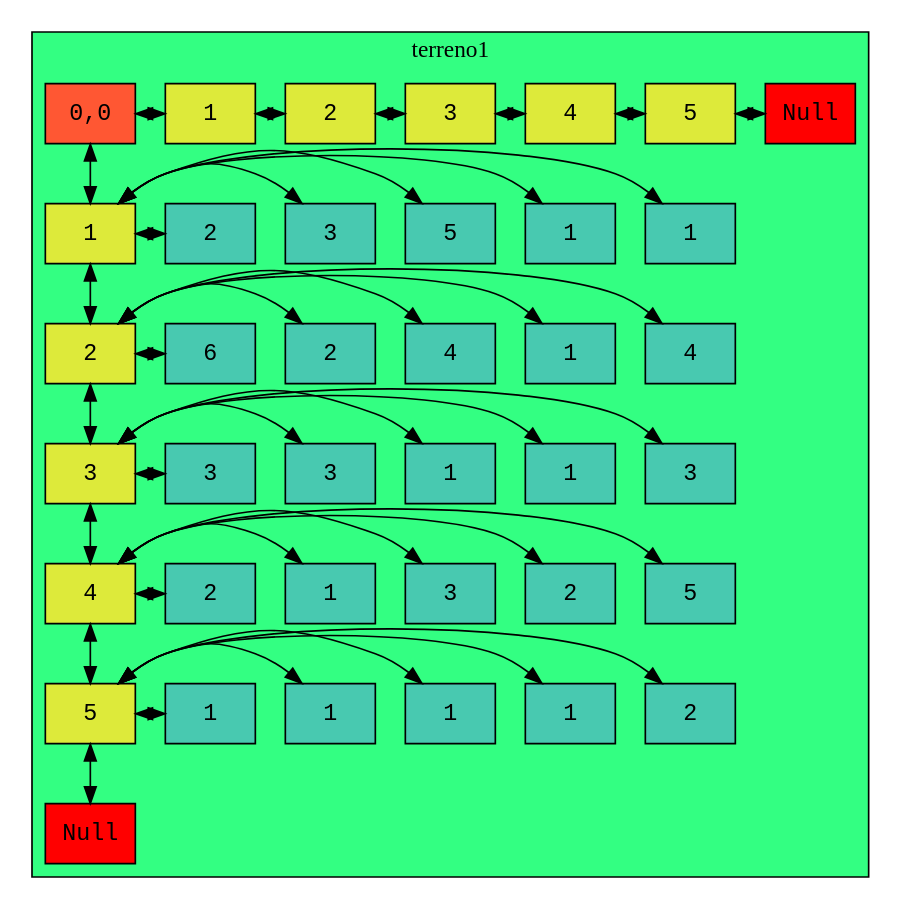
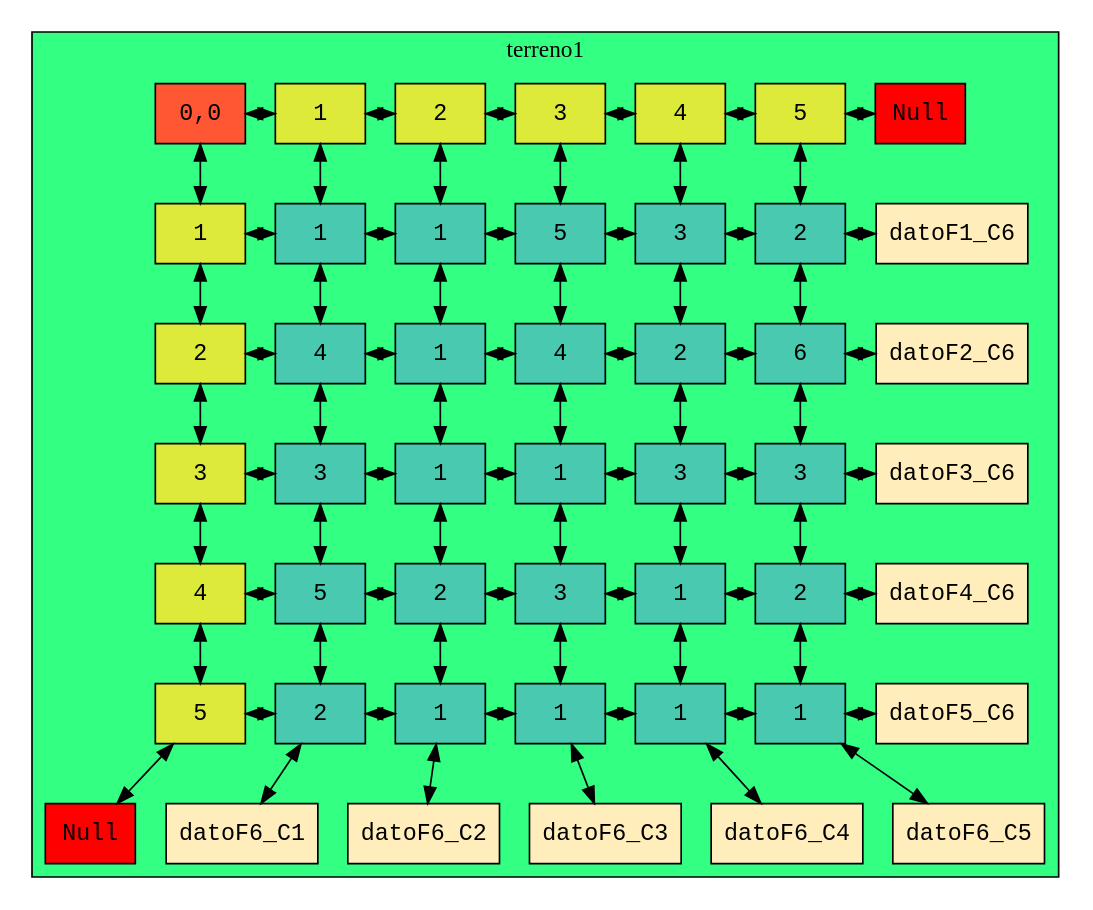
The diagram in graphviz.dot (201807066/IPC2_proyecto1_201807066), drawn with Graphviz before and after one commit. The commit also changed 8 other files, not shown here.

```diff
--- a/graphviz.dot
+++ b/graphviz.dot
@@ -1,115 +1,135 @@
 digraph Matriz{
 node[shape=box fontname=courier fillcolor="#FFEDBB" style=filled]
 subgraph cluster{
 root[label="0,0", fillcolor="#FF5733"]
 label=terreno1
 bgcolor = "#33FF82"
 edge[dir="both"]
 F1[label="1", group = 1, fillcolor = "#DDEA3A"]
 F2[label="2", group = 1, fillcolor = "#DDEA3A"]
 F3[label="3", group = 1, fillcolor = "#DDEA3A"]
 F4[label="4", group = 1, fillcolor = "#DDEA3A"]
 F5[label="5", group = 1, fillcolor = "#DDEA3A"]
 F1->F2
 F2->F3
 F3->F4
 F4->F5
 F5->F6
 F6[label="Null" fillcolor="red"]
 C1[label="1", group = 2, fillcolor = "#DDEA3A"]
 C2[label="2", group = 3, fillcolor = "#DDEA3A"]
 C3[label="3", group = 4, fillcolor = "#DDEA3A"]
 C4[label="4", group = 5, fillcolor = "#DDEA3A"]
 C5[label="5", group = 6, fillcolor = "#DDEA3A"]
 C1->C2
 C2->C3
 C3->C4
 C4->C5
 C5->C6
 C6[label="Null" fillcolor="red"]
 root -> F1
 root -> C1
 {rank=same; root, C1, C2, C3, C4, C5,C6
 }
 datoF1_C1[label="1", group = 2 , fillcolor = "#48C9B0"]
 datoF1_C2[label="1", group = 3 , fillcolor = "#48C9B0"]
 datoF1_C3[label="5", group = 4 , fillcolor = "#48C9B0"]
 datoF1_C4[label="3", group = 5 , fillcolor = "#48C9B0"]
 datoF1_C5[label="2", group = 6 , fillcolor = "#48C9B0"]
 datoF2_C1[label="4", group = 2 , fillcolor = "#48C9B0"]
 datoF2_C2[label="1", group = 3 , fillcolor = "#48C9B0"]
 datoF2_C3[label="4", group = 4 , fillcolor = "#48C9B0"]
 datoF2_C4[label="2", group = 5 , fillcolor = "#48C9B0"]
 datoF2_C5[label="6", group = 6 , fillcolor = "#48C9B0"]
 datoF3_C1[label="3", group = 2 , fillcolor = "#48C9B0"]
 datoF3_C2[label="1", group = 3 , fillcolor = "#48C9B0"]
 datoF3_C3[label="1", group = 4 , fillcolor = "#48C9B0"]
 datoF3_C4[label="3", group = 5 , fillcolor = "#48C9B0"]
 datoF3_C5[label="3", group = 6 , fillcolor = "#48C9B0"]
 datoF4_C1[label="5", group = 2 , fillcolor = "#48C9B0"]
 datoF4_C2[label="2", group = 3 , fillcolor = "#48C9B0"]
 datoF4_C3[label="3", group = 4 , fillcolor = "#48C9B0"]
 datoF4_C4[label="1", group = 5 , fillcolor = "#48C9B0"]
 datoF4_C5[label="2", group = 6 , fillcolor = "#48C9B0"]
 datoF5_C1[label="2", group = 2 , fillcolor = "#48C9B0"]
 datoF5_C2[label="1", group = 3 , fillcolor = "#48C9B0"]
 datoF5_C3[label="1", group = 4 , fillcolor = "#48C9B0"]
 datoF5_C4[label="1", group = 5 , fillcolor = "#48C9B0"]
 datoF5_C5[label="1", group = 6 , fillcolor = "#48C9B0"]
 
 F1 -> datoF1_C1
-{rank = same; F1, datoF1_C1}
-F1 -> datoF1_C2
-{rank = same; F1, datoF1_C2}
-F1 -> datoF1_C3
-{rank = same; F1, datoF1_C3}
-F1 -> datoF1_C4
-{rank = same; F1, datoF1_C4}
-F1 -> datoF1_C5
-{rank = same; F1, datoF1_C5}
+datoF1_C1 -> datoF1_C2
+datoF1_C2 -> datoF1_C3
+datoF1_C3 -> datoF1_C4
+datoF1_C4 -> datoF1_C5
+datoF1_C5 -> datoF1_C6
 
 F2 -> datoF2_C1
-{rank = same; F2, datoF2_C1}
-F2 -> datoF2_C2
-{rank = same; F2, datoF2_C2}
-F2 -> datoF2_C3
-{rank = same; F2, datoF2_C3}
-F2 -> datoF2_C4
-{rank = same; F2, datoF2_C4}
-F2 -> datoF2_C5
-{rank = same; F2, datoF2_C5}
+datoF2_C1 -> datoF2_C2
+datoF2_C2 -> datoF2_C3
+datoF2_C3 -> datoF2_C4
+datoF2_C4 -> datoF2_C5
+datoF2_C5 -> datoF2_C6
 
 F3 -> datoF3_C1
-{rank = same; F3, datoF3_C1}
-F3 -> datoF3_C2
-{rank = same; F3, datoF3_C2}
-F3 -> datoF3_C3
-{rank = same; F3, datoF3_C3}
-F3 -> datoF3_C4
-{rank = same; F3, datoF3_C4}
-F3 -> datoF3_C5
-{rank = same; F3, datoF3_C5}
+datoF3_C1 -> datoF3_C2
+datoF3_C2 -> datoF3_C3
+datoF3_C3 -> datoF3_C4
+datoF3_C4 -> datoF3_C5
+datoF3_C5 -> datoF3_C6
 
 F4 -> datoF4_C1
-{rank = same; F4, datoF4_C1}
-F4 -> datoF4_C2
-{rank = same; F4, datoF4_C2}
-F4 -> datoF4_C3
-{rank = same; F4, datoF4_C3}
-F4 -> datoF4_C4
-{rank = same; F4, datoF4_C4}
-F4 -> datoF4_C5
-{rank = same; F4, datoF4_C5}
+datoF4_C1 -> datoF4_C2
+datoF4_C2 -> datoF4_C3
+datoF4_C3 -> datoF4_C4
+datoF4_C4 -> datoF4_C5
+datoF4_C5 -> datoF4_C6
 
 F5 -> datoF5_C1
-{rank = same; F5, datoF5_C1}
-F5 -> datoF5_C2
-{rank = same; F5, datoF5_C2}
-F5 -> datoF5_C3
-{rank = same; F5, datoF5_C3}
-F5 -> datoF5_C4
-{rank = same; F5, datoF5_C4}
-F5 -> datoF5_C5
-{rank = same; F5, datoF5_C5}
+datoF5_C1 -> datoF5_C2
+datoF5_C2 -> datoF5_C3
+datoF5_C3 -> datoF5_C4
+datoF5_C4 -> datoF5_C5
+datoF5_C5 -> datoF5_C6
+
+{rank = same; F1, datoF1_C1, datoF1_C2, datoF1_C3, datoF1_C4, datoF1_C5, datoF1_C6}
+{rank = same; F2, datoF2_C1, datoF2_C2, datoF2_C3, datoF2_C4, datoF2_C5, datoF2_C6}
+{rank = same; F3, datoF3_C1, datoF3_C2, datoF3_C3, datoF3_C4, datoF3_C5, datoF3_C6}
+{rank = same; F4, datoF4_C1, datoF4_C2, datoF4_C3, datoF4_C4, datoF4_C5, datoF4_C6}
+{rank = same; F5, datoF5_C1, datoF5_C2, datoF5_C3, datoF5_C4, datoF5_C5, datoF5_C6}
+C1 -> datoF1_C1
+datoF1_C1 -> datoF2_C1
+datoF2_C1 -> datoF3_C1
+datoF3_C1 -> datoF4_C1
+datoF4_C1 -> datoF5_C1
+datoF5_C1 -> datoF6_C1
+
+C2 -> datoF1_C2
+datoF1_C2 -> datoF2_C2
+datoF2_C2 -> datoF3_C2
+datoF3_C2 -> datoF4_C2
+datoF4_C2 -> datoF5_C2
+datoF5_C2 -> datoF6_C2
+
+C3 -> datoF1_C3
+datoF1_C3 -> datoF2_C3
+datoF2_C3 -> datoF3_C3
+datoF3_C3 -> datoF4_C3
+datoF4_C3 -> datoF5_C3
+datoF5_C3 -> datoF6_C3
+
+C4 -> datoF1_C4
+datoF1_C4 -> datoF2_C4
+datoF2_C4 -> datoF3_C4
+datoF3_C4 -> datoF4_C4
+datoF4_C4 -> datoF5_C4
+datoF5_C4 -> datoF6_C4
+
+C5 -> datoF1_C5
+datoF1_C5 -> datoF2_C5
+datoF2_C5 -> datoF3_C5
+datoF3_C5 -> datoF4_C5
+datoF4_C5 -> datoF5_C5
+datoF5_C5 -> datoF6_C5
 }
 }
```
